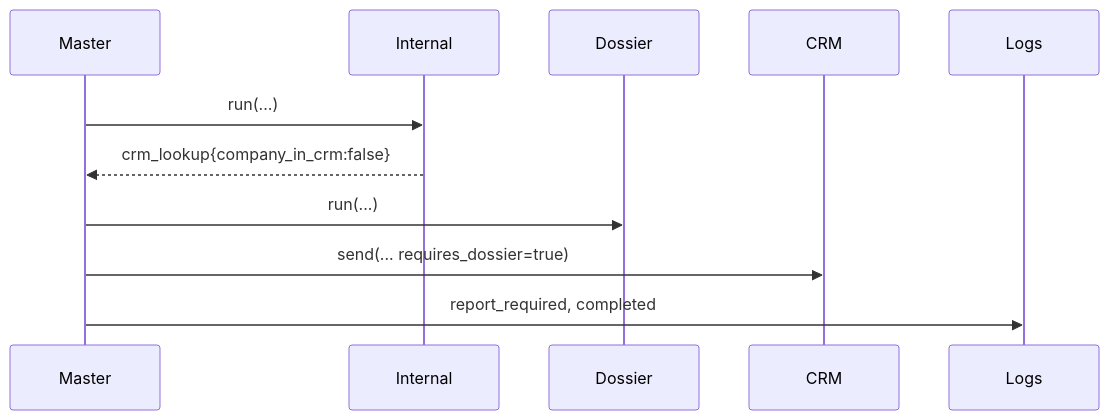
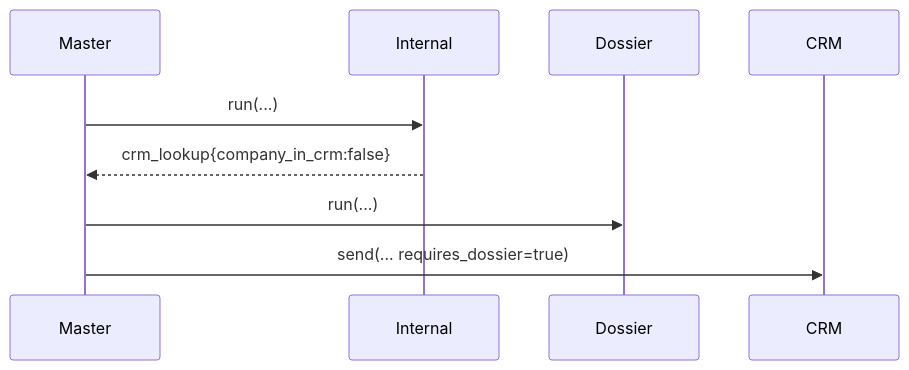
Before and after one commit to KonstantinData/Lead-Market-Insights: the third of 8 diagrams in docs/hubspot_dossier_audit.md, drawn with Mermaid. The commit also changed other lines of this file, not shown here.

````diff
--- a/docs/hubspot_dossier_audit.md
+++ b/docs/hubspot_dossier_audit.md
@@ -84,8 +80,7 @@
 ```mermaid
 sequenceDiagram
     Master->>Internal: run(...)
     Internal-->>Master: crm_lookup{company_in_crm:false}
     Master->>Dossier: run(...)
     Master->>CRM: send(... requires_dossier=true)
-    Master->>Logs: report_required, completed
 ```
````
